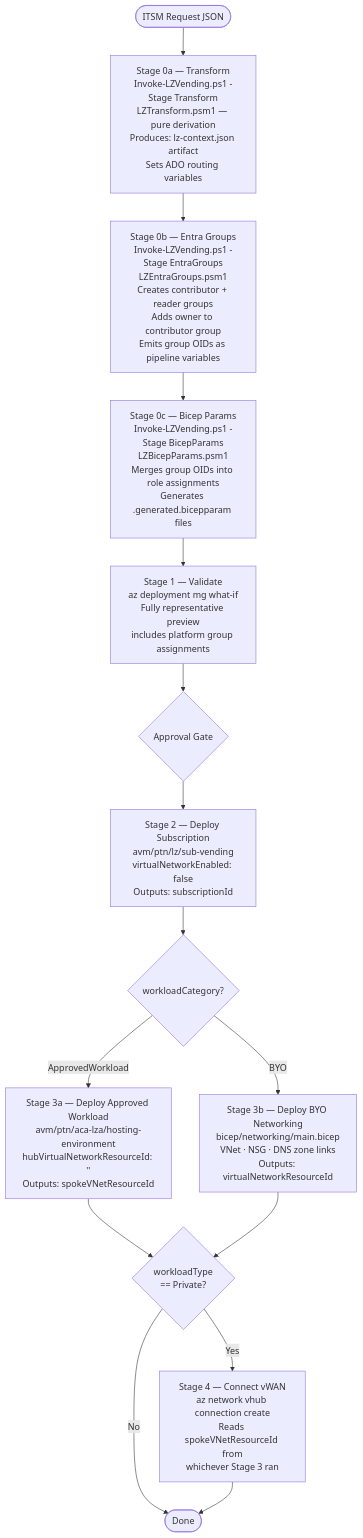
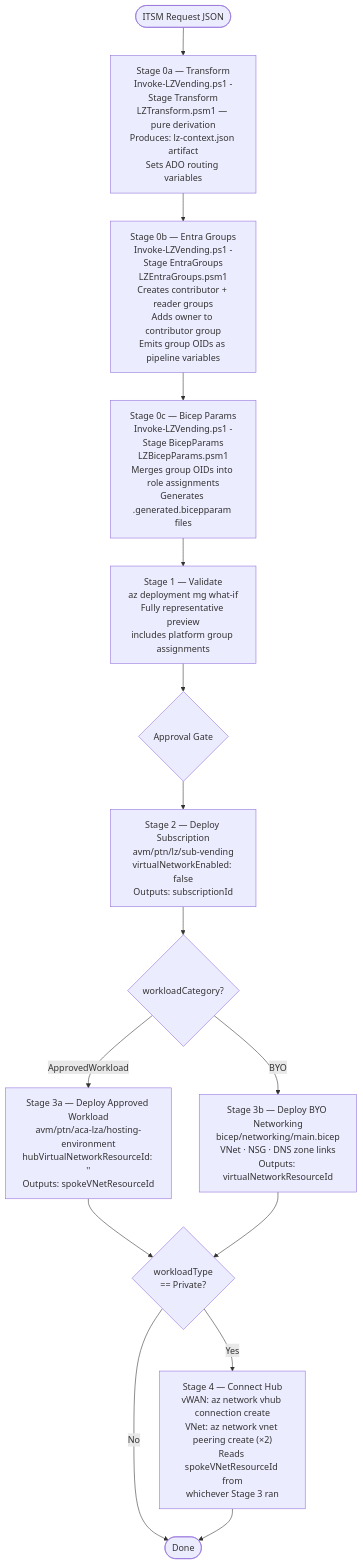
The first of 3 diagrams in docs/ARCHITECTURE.md (DXPetti/lzvendingplatform), drawn with Mermaid before and after one commit. The commit also changed other lines of this file and 4 other files, not shown here.

````diff
--- a/docs/ARCHITECTURE.md
+++ b/docs/ARCHITECTURE.md
@@ -7,29 +7,29 @@
 ```mermaid
 flowchart TD
     A([ITSM Request JSON]) --> S0A
 
     S0A["Stage 0a — Transform<br>Invoke-LZVending.ps1 -Stage Transform<br>LZTransform.psm1 — pure derivation<br>Produces: lz-context.json artifact<br>Sets ADO routing variables"]
 
     S0A --> S0B["Stage 0b — Entra Groups<br>Invoke-LZVending.ps1 -Stage EntraGroups<br>LZEntraGroups.psm1<br>Creates contributor + reader groups<br>Adds owner to contributor group<br>Emits group OIDs as pipeline variables"]
 
     S0B --> S0C["Stage 0c — Bicep Params<br>Invoke-LZVending.ps1 -Stage BicepParams<br>LZBicepParams.psm1<br>Merges group OIDs into role assignments<br>Generates .generated.bicepparam files"]
 
     S0C --> S1["Stage 1 — Validate<br>az deployment mg what-if<br>Fully representative preview<br>includes platform group assignments"]
 
     S1 --> GATE{Approval Gate}
 
     GATE --> S2["Stage 2 — Deploy Subscription<br>avm/ptn/lz/sub-vending<br>virtualNetworkEnabled: false<br>Outputs: subscriptionId"]
 
     S2 --> CAT{workloadCategory?}
 
     CAT -- ApprovedWorkload --> S3A["Stage 3a — Deploy Approved Workload<br>avm/ptn/aca-lza/hosting-environment<br>hubVirtualNetworkResourceId: ''<br>Outputs: spokeVNetResourceId"]
 
     CAT -- BYO --> S3B["Stage 3b — Deploy BYO Networking<br>bicep/networking/main.bicep<br>VNet · NSG · DNS zone links<br>Outputs: virtualNetworkResourceId"]
 
     S3A --> VWAN{workloadType<br>== Private?}
     S3B --> VWAN
 
-    VWAN -- Yes --> S4["Stage 4 — Connect vWAN<br>az network vhub connection create<br>Reads spokeVNetResourceId from<br>whichever Stage 3 ran"]
+    VWAN -- Yes --> S4["Stage 4 — Connect Hub<br>vWAN: az network vhub connection create<br>VNet: az network vnet peering create (×2)<br>Reads spokeVNetResourceId from<br>whichever Stage 3 ran"]
     VWAN -- No --> END([Done])
     S4 --> END
 ```
````
